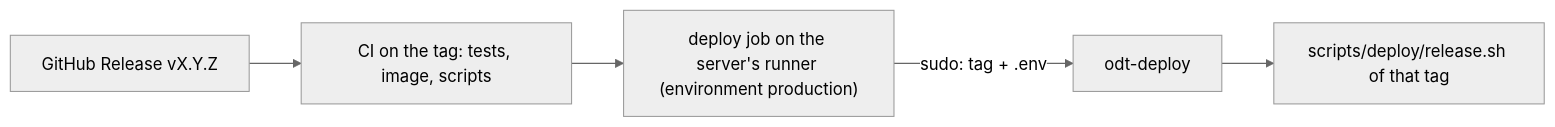
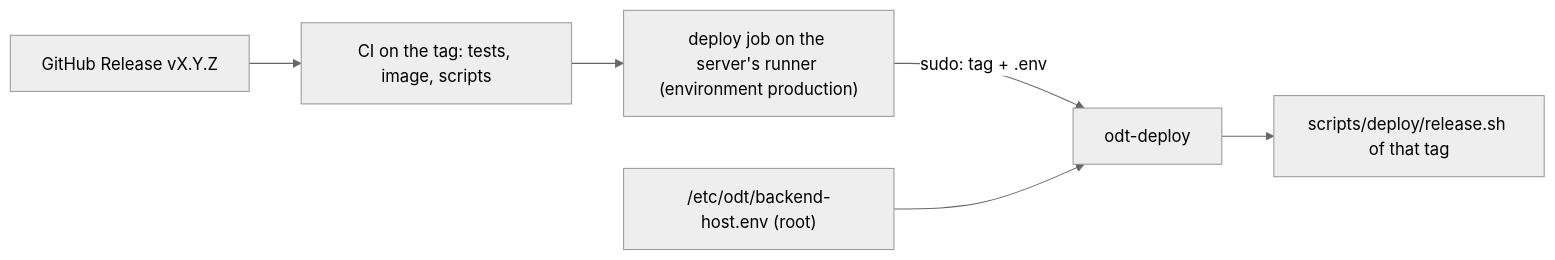
Before and after one commit to jotazet/OtwarteDaneTransportowe-backend: the second of 2 diagrams in docs/deployment.md, drawn with Mermaid (neutral theme). The commit also changed other lines of this file and 6 other files, not shown here.

````diff
--- a/docs/deployment.md
+++ b/docs/deployment.md
@@ -858,7 +860,8 @@
 ```mermaid
 flowchart LR
   rel["GitHub Release vX.Y.Z"] --> ci["CI on the tag: tests, image, scripts"]
   ci --> job["deploy job on the server's runner (environment production)"]
   job -->|"sudo: tag + .env"| od["odt-deploy"]
+  host["/etc/odt/backend-host.env (root)"] --> od
   od --> rs["scripts/deploy/release.sh of that tag"]
 ```
````
